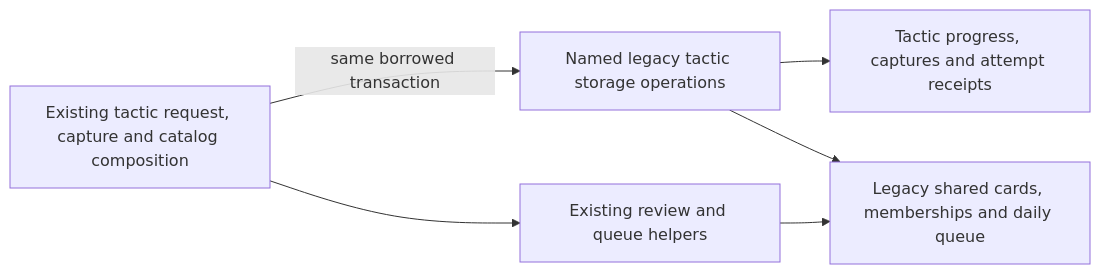
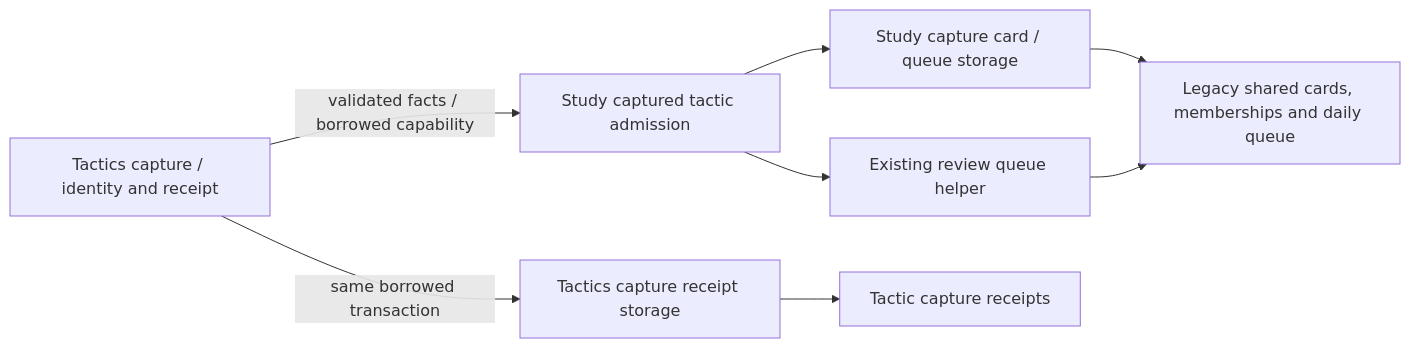
Before and after one commit to aaweaver-actuary/tempo: the diagram in database/tempo_legacy_database/adapters/tactics/README.md, drawn with Mermaid. The commit also changed other lines of this file and 18 other files, not shown here.

Commit message:
Bind captured tactics to borrowed Study admission

````diff
--- a/database/tempo_legacy_database/adapters/tactics/README.md
+++ b/database/tempo_legacy_database/adapters/tactics/README.md
@@ -11,8 +11,10 @@
 ```mermaid
 flowchart LR
-  application[Existing tactic request, capture and catalog composition] -->|same borrowed transaction| persistence[Named legacy tactic storage operations]
-  application --> review[Existing review and queue helpers]
-  persistence --> facts[Tactic progress, captures and attempt receipts]
-  persistence --> shared[Legacy shared cards, memberships and daily queue]
+  application[Tactics capture / identity and receipt] -->|same borrowed transaction| receipt[Tactics capture receipt storage]
+  application -->|validated facts / borrowed capability| learning[Study captured tactic admission]
+  learning --> storage[Study capture card / queue storage]
+  learning --> review[Existing review queue helper]
+  receipt --> facts[Tactic capture receipts]
+  storage --> shared[Legacy shared cards, memberships and daily queue]
   review --> shared
 ```
````
